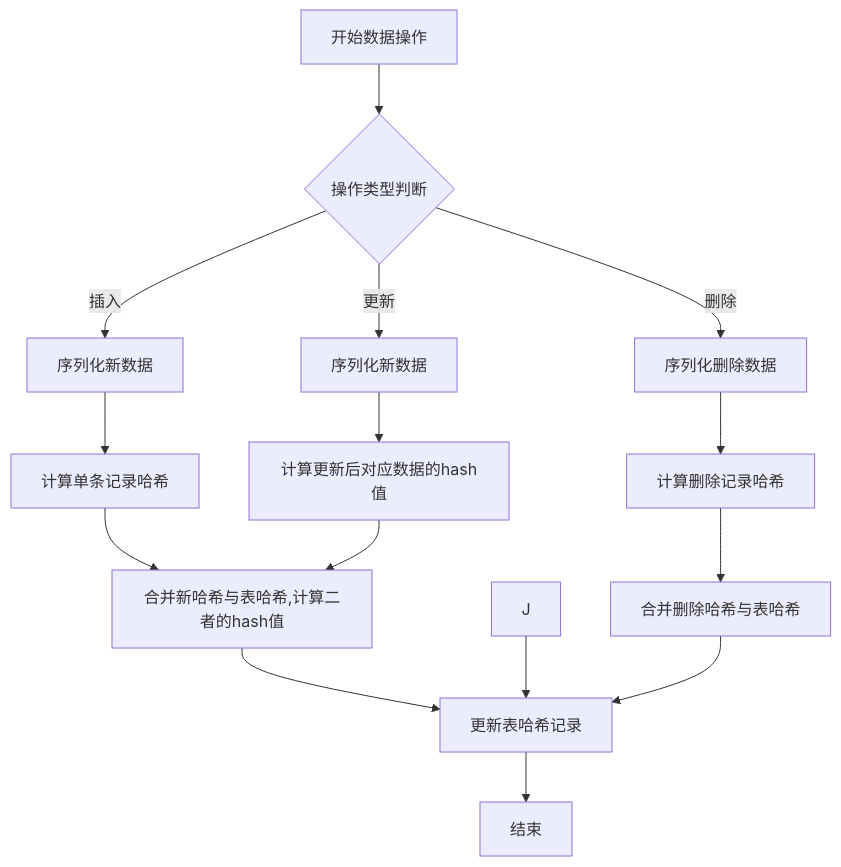
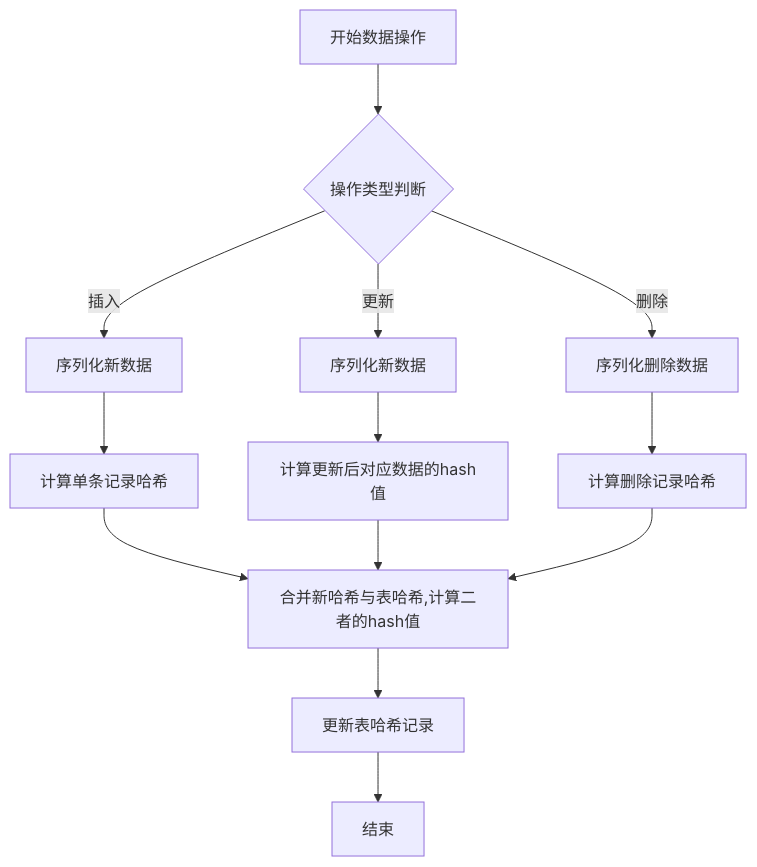
One commit to yingjianzh/iodraw-files changed the diagram in all/未命名-63.md. Above: the diagram before and after it, drawn with Mermaid.

Commit message:
2025-05-19 15:02:45 update

````diff
--- a/all/未命名-63.md
+++ b/all/未命名-63.md
@@ -1,21 +1,20 @@
 ```mermaid
 flowchart TD
     A[开始数据操作] --> B{操作类型判断}
     B -->|插入| C[序列化新数据]
     B -->|更新| D[序列化新数据]
     B -->|删除| E[序列化删除数据]
     
     C --> F[计算单条记录哈希]
     D --> G[计算更新后对应数据的hash值]
     E --> H[计算删除记录哈希]
     
     F --> I[合并新哈希与表哈希,计算二者的hash值]
     G --> I
-    H --> K[合并删除哈希与表哈希]
+    H --> I
     
     I --> L[更新表哈希记录]
-    J --> L
-    K --> L
+   
     
     L --> M[结束]
 ```
````
